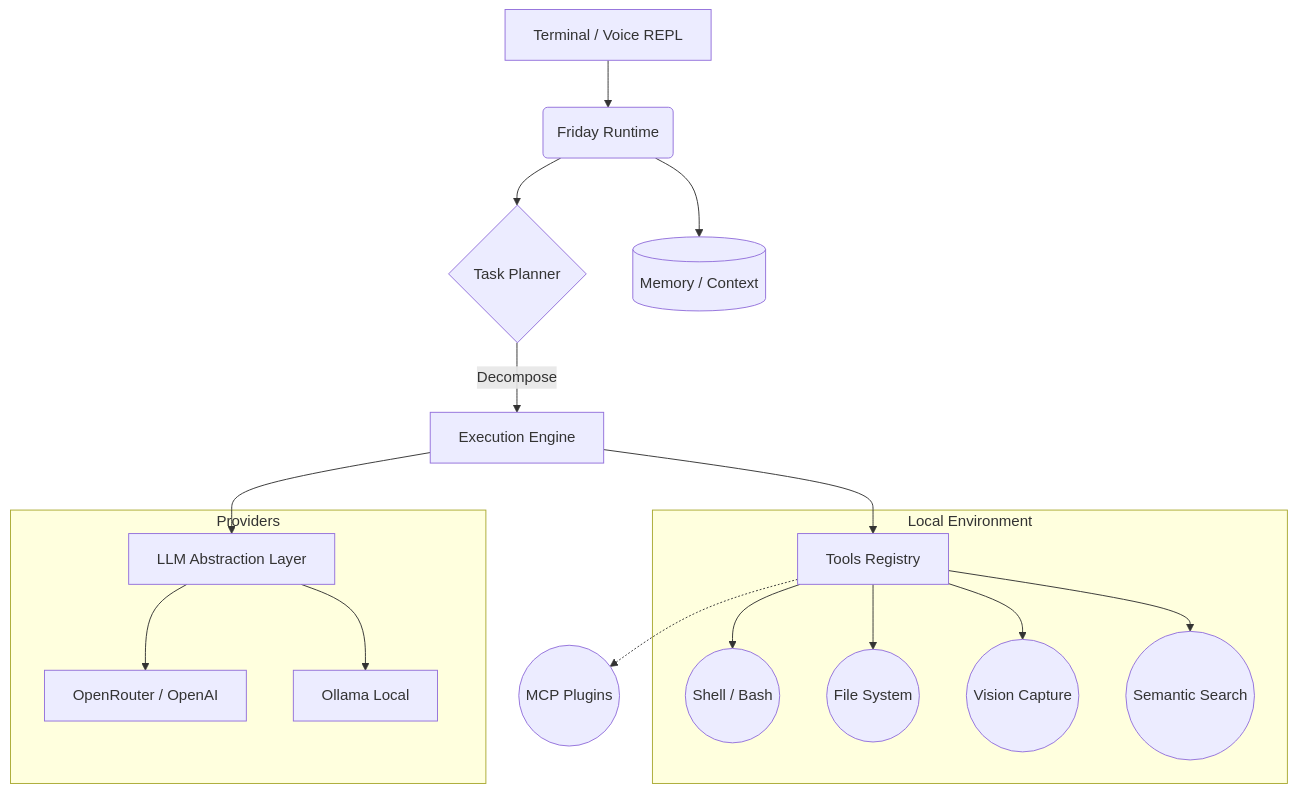
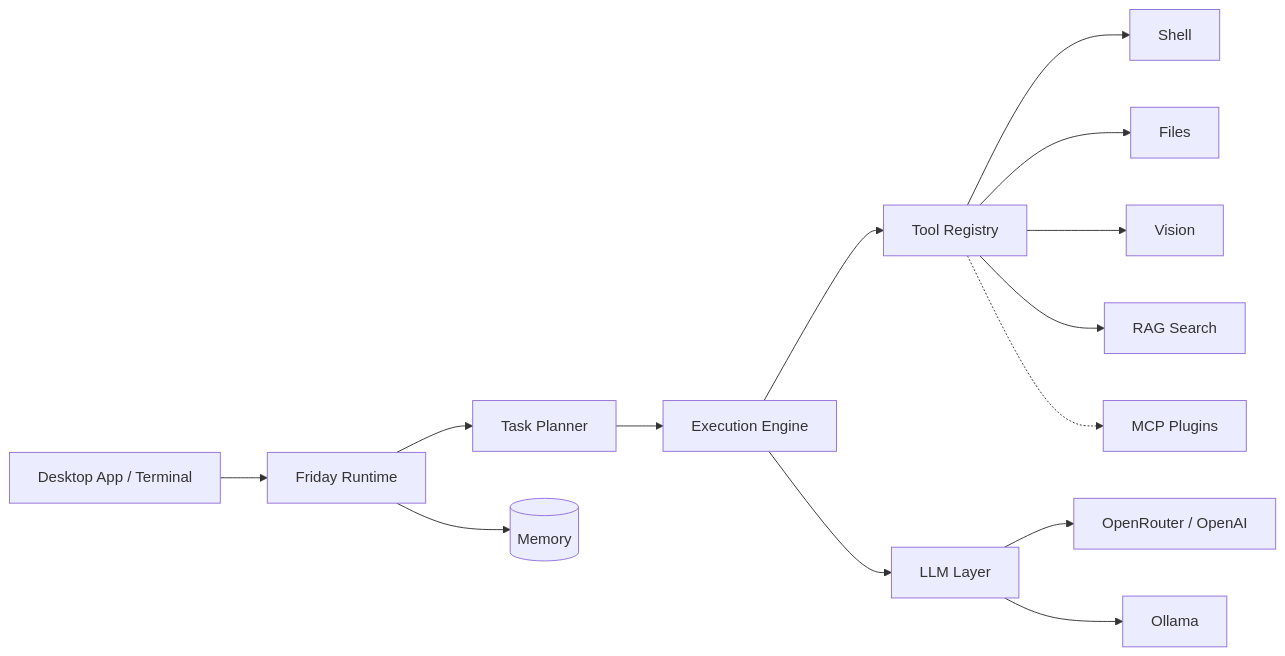
One commit to Cristofervaltz/Friday changed the diagram in README.md. Above: the diagram before and after it, drawn with Mermaid. The commit also changed other lines of this file, not shown here.

````diff
--- a/README.md
+++ b/README.md
@@ -57,24 +101,16 @@
 ```mermaid
-graph TD
-    A[Terminal / Voice REPL] --> B(Friday Runtime)
-    B --> C{Task Planner}
-    C -->|Decompose| D[Execution Engine]
-    D --> E[Tools Registry]
-    
-    subgraph Local Environment
-    E --> F((Shell / Bash))
-    E --> G((File System))
-    E --> V((Vision Capture))
-    E --> S((Semantic Search))
-    end
-    
-    E -.-> H((MCP Plugins))
-    
-    D --> I[LLM Abstraction Layer]
-    subgraph Providers
-    I --> J[OpenRouter / OpenAI]
-    I --> K[Ollama Local]
-    end
-    
-    B --> L[(Memory / Context)]
+graph LR
+    A[Desktop App / Terminal] --> B[Friday Runtime]
+    B --> C[Task Planner]
+    C --> D[Execution Engine]
+    D --> E[Tool Registry]
+    E --> F[Shell]
+    E --> G[Files]
+    E --> H[Vision]
+    E --> I[RAG Search]
+    E -.-> J[MCP Plugins]
+    D --> K[LLM Layer]
+    K --> L[OpenRouter / OpenAI]
+    K --> M[Ollama]
+    B --> N[(Memory)]
 ```
````
